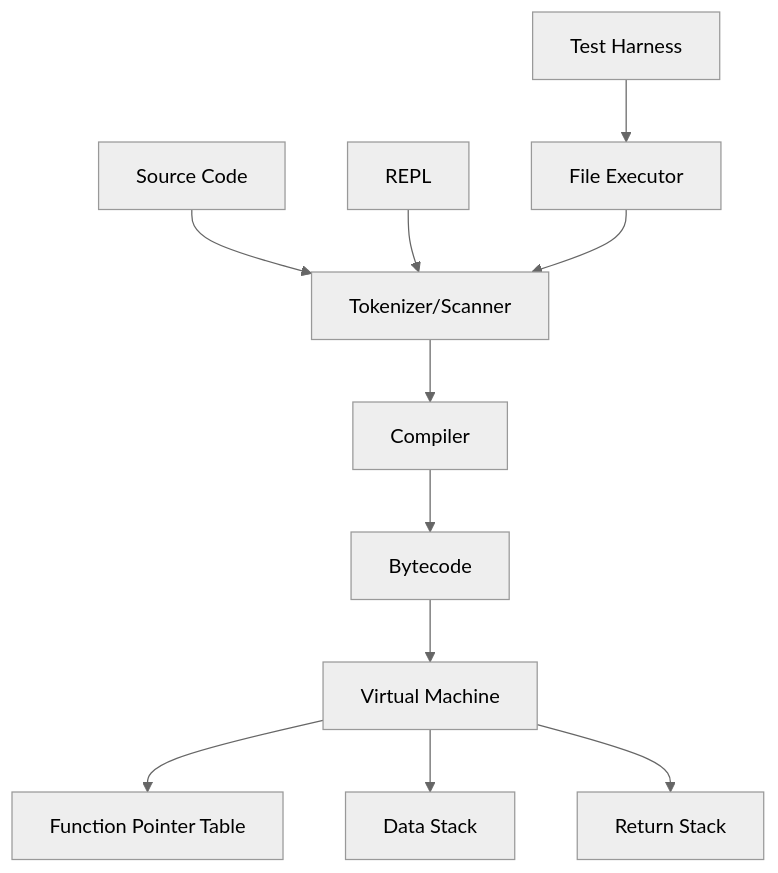
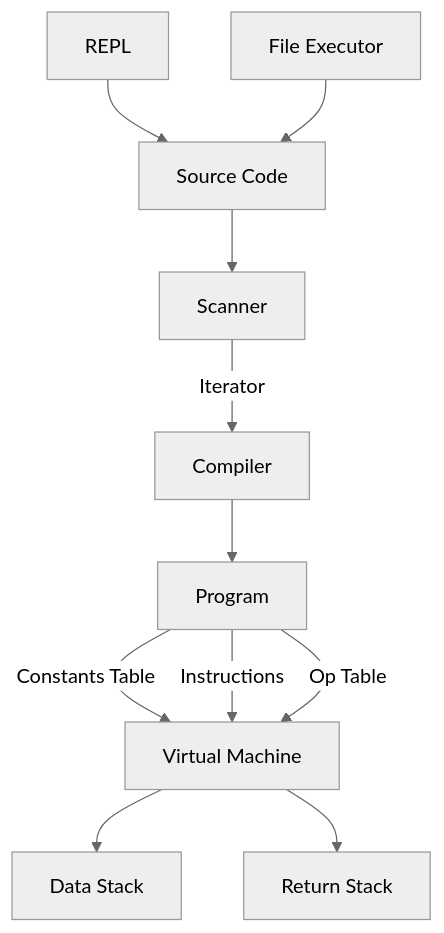
One commit to erochest/tardi changed the diagram in cline_docs/system_patterns.md. Above: the diagram before and after it, drawn with Mermaid (neutral theme). The commit also changed other lines of this file and 2 other files, not shown here.

Commit message:
architecture for scanner and compiler

````diff
--- a/cline_docs/system_patterns.md
+++ b/cline_docs/system_patterns.md
@@ -37,13 +37,13 @@
 ```mermaid
 graph TD
-    A[Source Code] --> B[Tokenizer/Scanner]
-    B --> C[Compiler]
-    C --> D[Bytecode]
-    D --> E[Virtual Machine]
-    E --> F[Function Pointer Table]
-    E --> G[Data Stack]
-    E --> H[Return Stack]
-    I[REPL] --> B
-    J[File Executor] --> B
-    K[Test Harness] --> J
+    A[Source Code] --> B[Scanner]
+    B --> |Iterator<Token>| C[Compiler]
+    C --> D[Program]
+    D --> |Constants Table| E[Virtual Machine]
+    D --> |Instructions| E
+    D --> |Op Table| E
+    E --> F[Data Stack]
+    E --> G[Return Stack]
+    H[REPL] --> A
+    I[File Executor] --> A
 ```
````
